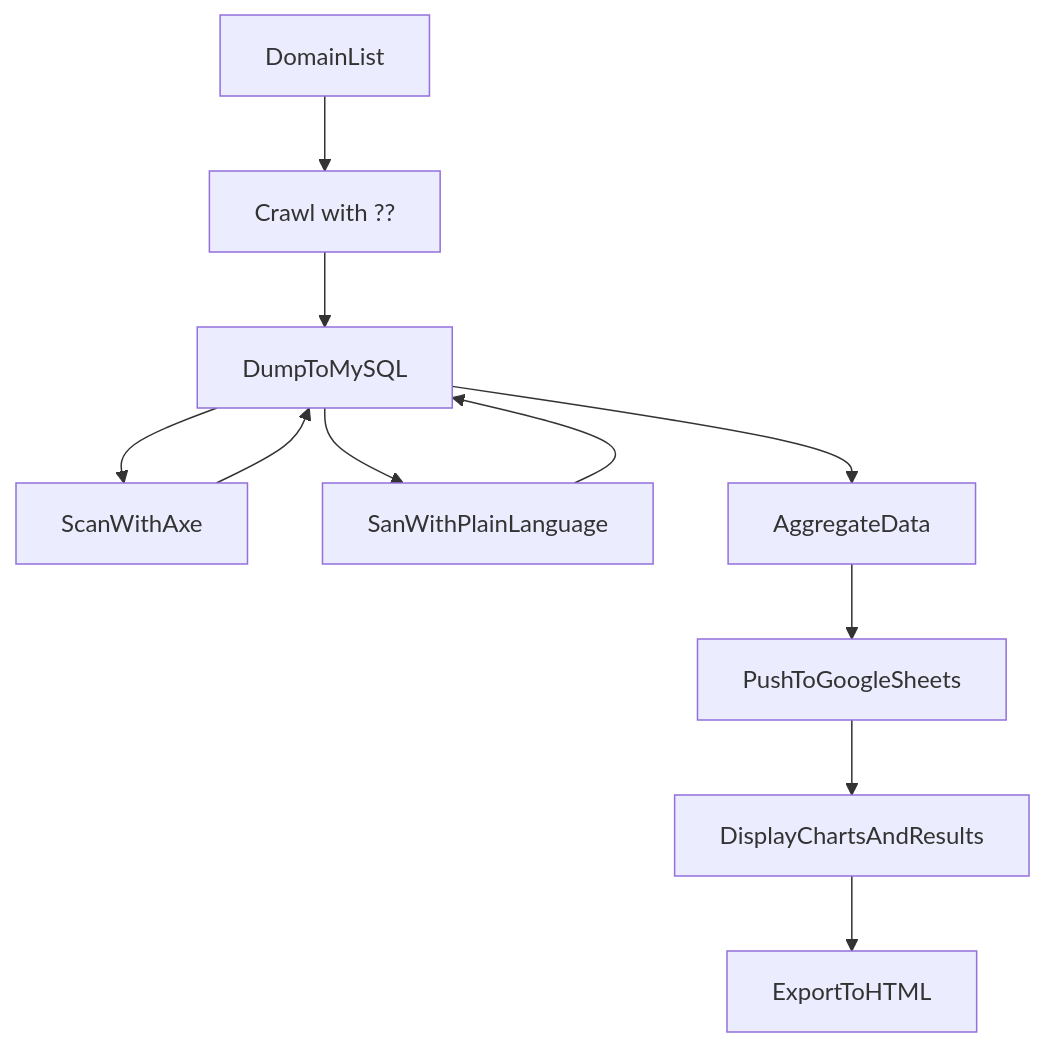
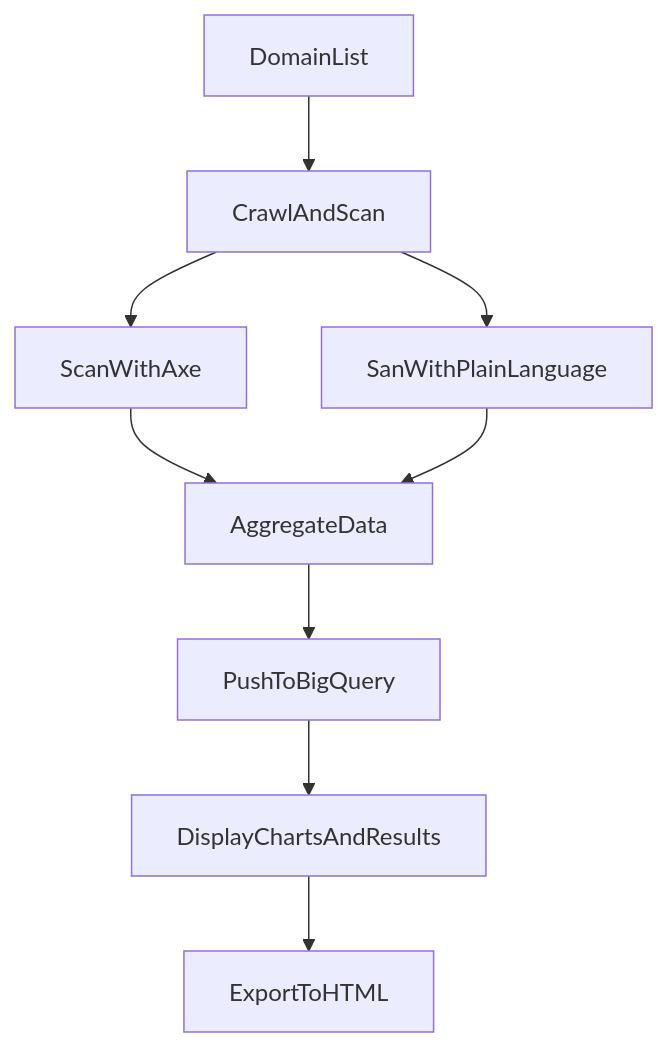
The first of 2 diagrams in a11y-data-crawls.md (mgifford/mermaid-graphs), drawn with Mermaid before and after one commit. The commit also changed other lines of this file, not shown here.

````diff
--- a/a11y-data-crawls.md
+++ b/a11y-data-crawls.md
@@ -5,13 +5,11 @@
 ```mermaid
 graph TD
-    DomainList-->Crawl4URLs;
-    Crawl4URLs[Crawl with ??]-->DumpToMySQL;
-    DumpToMySQL-->ScanWithAxe;
-    ScanWithAxe-->DumpToMySQL;
-    DumpToMySQL-->SanWithPlainLanguage;
-    SanWithPlainLanguage-->DumpToMySQL;
-    DumpToMySQL-->AggregateData;
-    AggregateData-->PushToGoogleSheets;
-    PushToGoogleSheets-->DisplayChartsAndResults;
+    DomainList-->CrawlAndScan;
+    CrawlAndScan-->ScanWithAxe;
+    ScanWithAxe-->AggregateData;
+    CrawlAndScan-->SanWithPlainLanguage;
+    SanWithPlainLanguage-->AggregateData;
+    AggregateData-->PushToBigQuery;
+    PushToBigQuery-->DisplayChartsAndResults;
     DisplayChartsAndResults-->ExportToHTML;
 ```
````
